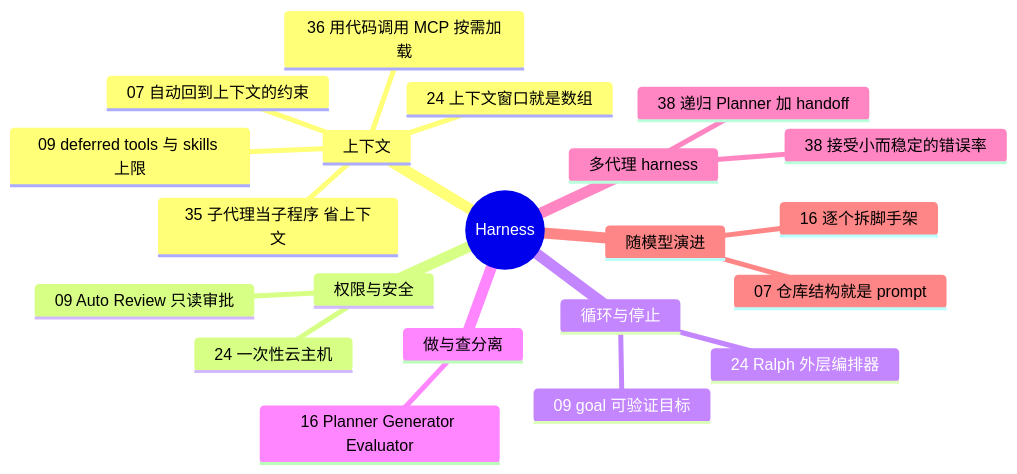
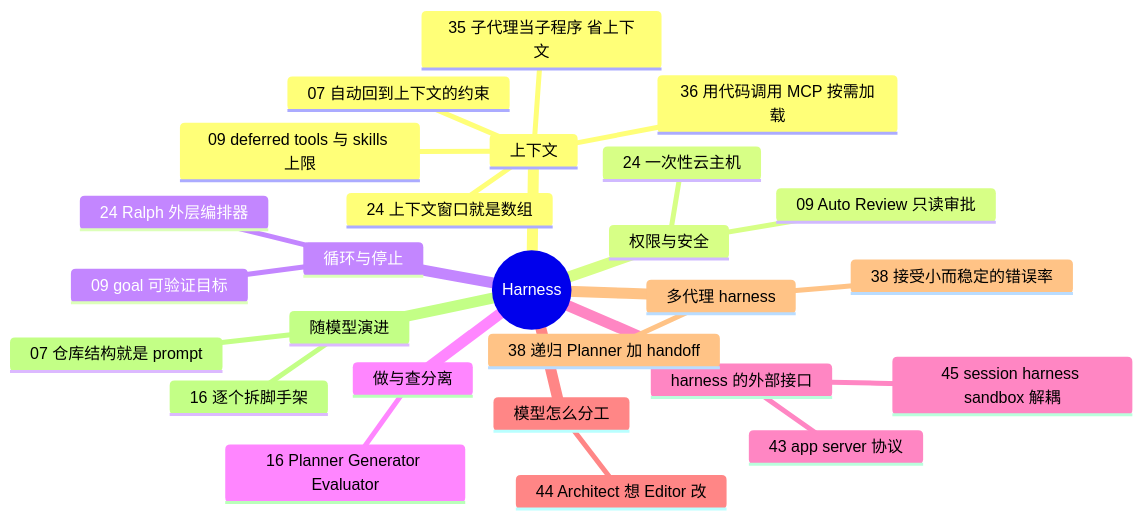
The diagram in docs/guide/harness.md (yzw7489757/ai-coding-videos), drawn with Mermaid before and after one commit. The commit also changed other lines of this file and 28 other files, not shown here.

````diff
--- a/docs/guide/harness.md
+++ b/docs/guide/harness.md
@@ -13,24 +13,29 @@
 ```mermaid
 mindmap
   root((Harness))
     上下文
       09 deferred tools 与 skills 上限
       24 上下文窗口就是数组
       07 自动回到上下文的约束
       35 子代理当子程序 省上下文
       36 用代码调用 MCP 按需加载
     权限与安全
       09 Auto Review 只读审批
       24 一次性云主机
     循环与停止
       09 goal 可验证目标
       24 Ralph 外层编排器
     做与查分离
       16 Planner Generator Evaluator
+    harness 的外部接口
+      43 app server 协议
+      45 session harness sandbox 解耦
+    模型怎么分工
+      44 Architect 想 Editor 改
     多代理 harness
       38 递归 Planner 加 handoff
       38 接受小而稳定的错误率
     随模型演进
       16 逐个拆脚手架
       07 仓库结构就是 prompt
 ```
````
